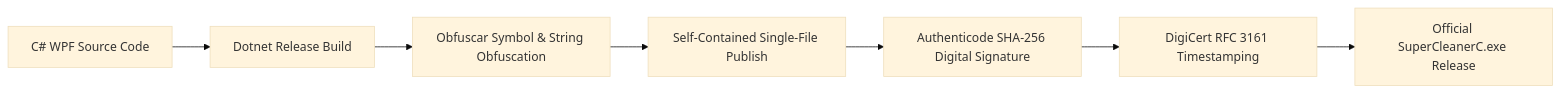
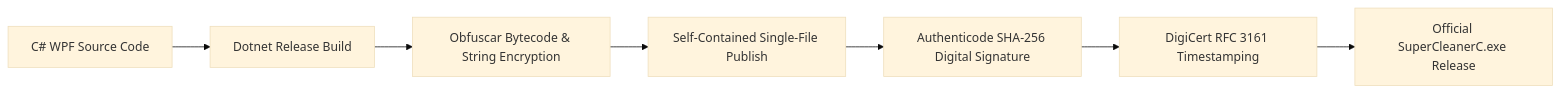
One commit to weka-eg/SuperCleanerC-Releases changed the diagram in SECURITY.md. Above: the diagram before and after it, drawn with Mermaid (base theme). The commit also changed other lines of this file, not shown here.

````diff
--- a/SECURITY.md
+++ b/SECURITY.md
@@ -34,9 +34,9 @@
 ```mermaid
 flowchart LR
     A[C# WPF Source Code] --> B[Dotnet Release Build]
-    B --> C[Obfuscar Symbol & String Obfuscation]
+    B --> C[Obfuscar Bytecode & String Encryption]
     C --> D[Self-Contained Single-File Publish]
     D --> E[Authenticode SHA-256 Digital Signature]
     E --> F[DigiCert RFC 3161 Timestamping]
     F --> G[Official SuperCleanerC.exe Release]
 ```
````
